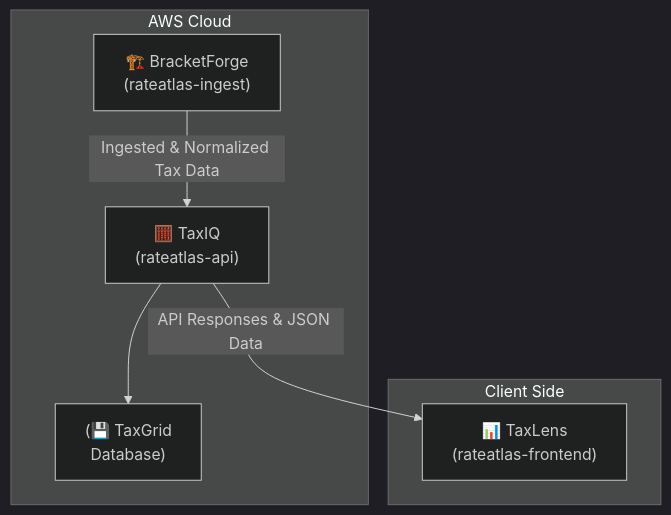
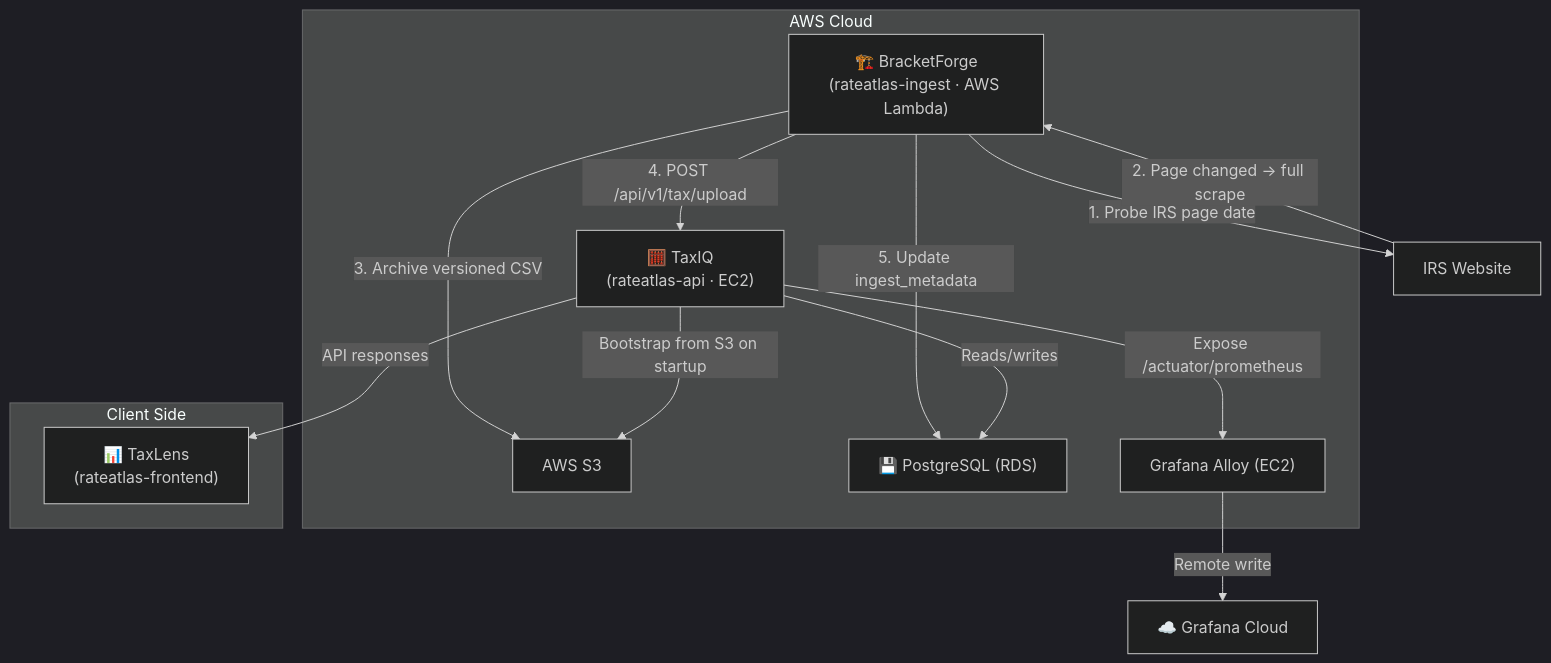
Before and after one commit to CHA0sTIG3R/RateAtlas: the diagram in README.md, drawn with Mermaid (dark theme). The commit also changed other lines of this file, not shown here.

Commit message:
Refactor README.md for clarity and consistency in setup instructions and architecture overview

````diff
--- a/README.md
+++ b/README.md
@@ -93,14 +93,28 @@
 ```mermaid
 graph TD
-  A["🏗️ BracketForge<br/>(rateatlas-ingest)"] -->|Ingested & Normalized Tax Data| B["🧮 TaxIQ<br/>(rateatlas-api)"]
-  B -->|API Responses & JSON Data| C["📊 TaxLens<br/>(rateatlas-frontend)"]
-  B --> D["(💾 TaxGrid<br/>Database)"]
+  A["🏗️ BracketForge<br/>(rateatlas-ingest · AWS Lambda)"]
+  A -->|"1. Probe IRS page date"| IRS["IRS Website"]
+  IRS -->|"2. Page changed → full scrape"| A
+  A -->|"3. Archive versioned CSV"| S3["AWS S3"]
+  A -->|"4. POST /api/v1/tax/upload"| B
+  A -->|"5. Update ingest_metadata"| DB
+
+  B["🧮 TaxIQ<br/>(rateatlas-api · EC2)"]
+  B -->|"Reads/writes"| DB["💾 PostgreSQL (RDS)"]
+  B -->|"Bootstrap from S3 on startup"| S3
+  B -->|"Expose /actuator/prometheus"| Alloy["Grafana Alloy (EC2)"]
+  Alloy -->|"Remote write"| GC["☁️ Grafana Cloud"]
+
+  B -->|"API responses"| C["📊 TaxLens<br/>(rateatlas-frontend)"]
+
   subgraph AWS Cloud
     A
     B
-    D
+    DB
+    S3
+    Alloy
   end
   subgraph Client Side
     C
   end
 ```
````
